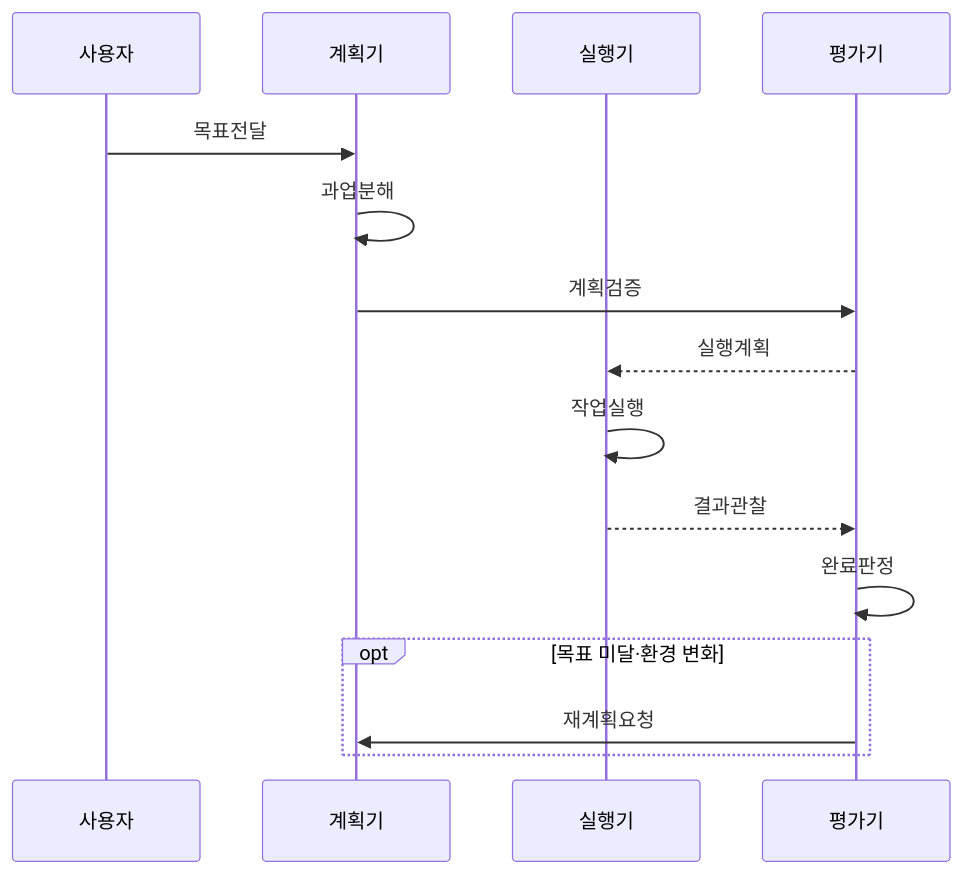
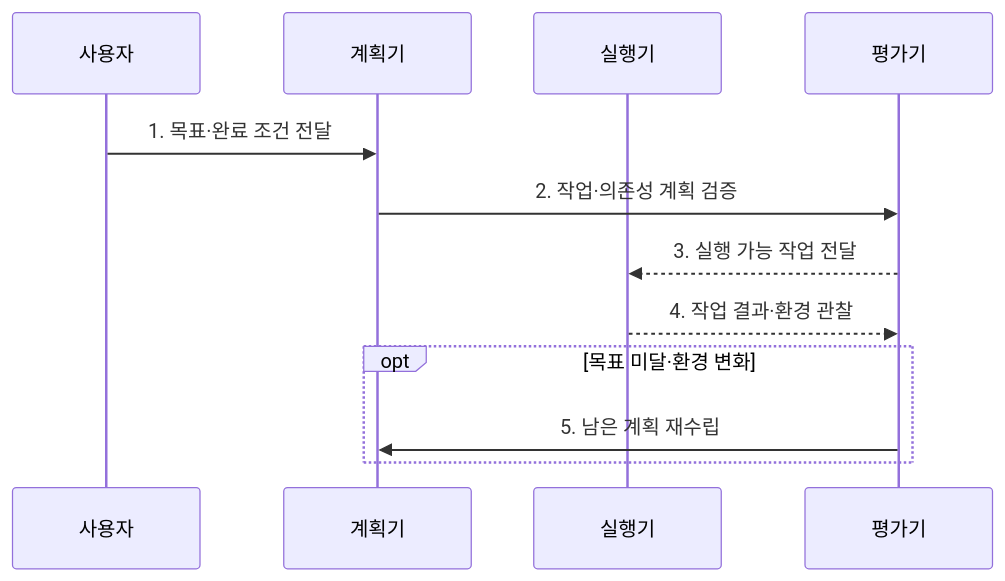
Before and after one commit to agnusdei1207/knowledge-base: the second of 2 diagrams in src/content/docs/notes/08-latest-tech/015_agent_planning.md, drawn with Mermaid. The commit also changed other lines of this file and 16 other files, not shown here.

Commit message:
Add SVM chart comparisons and continue latest technology rewrite

````diff
--- a/src/content/docs/notes/08-latest-tech/015_agent_planning.md
+++ b/src/content/docs/notes/08-latest-tech/015_agent_planning.md
@@ -85,17 +77,14 @@
 ```mermaid
 sequenceDiagram
     participant U as 사용자
     participant P as 계획기
     participant X as 실행기
     participant E as 평가기
-    U->>P: 목표전달
-    P->>P: 과업분해
-    P->>E: 계획검증
-    E-->>X: 실행계획
-    X->>X: 작업실행
-    X-->>E: 결과관찰
-    E->>E: 완료판정
+    U->>P: 1. 목표·완료 조건 전달
+    P->>E: 2. 작업·의존성 계획 검증
+    E-->>X: 3. 실행 가능 작업 전달
+    X-->>E: 4. 작업 결과·환경 관찰
     opt 목표 미달·환경 변화
-        E->>P: 재계획요청
+        E->>P: 5. 남은 계획 재수립
     end
 ```
````
